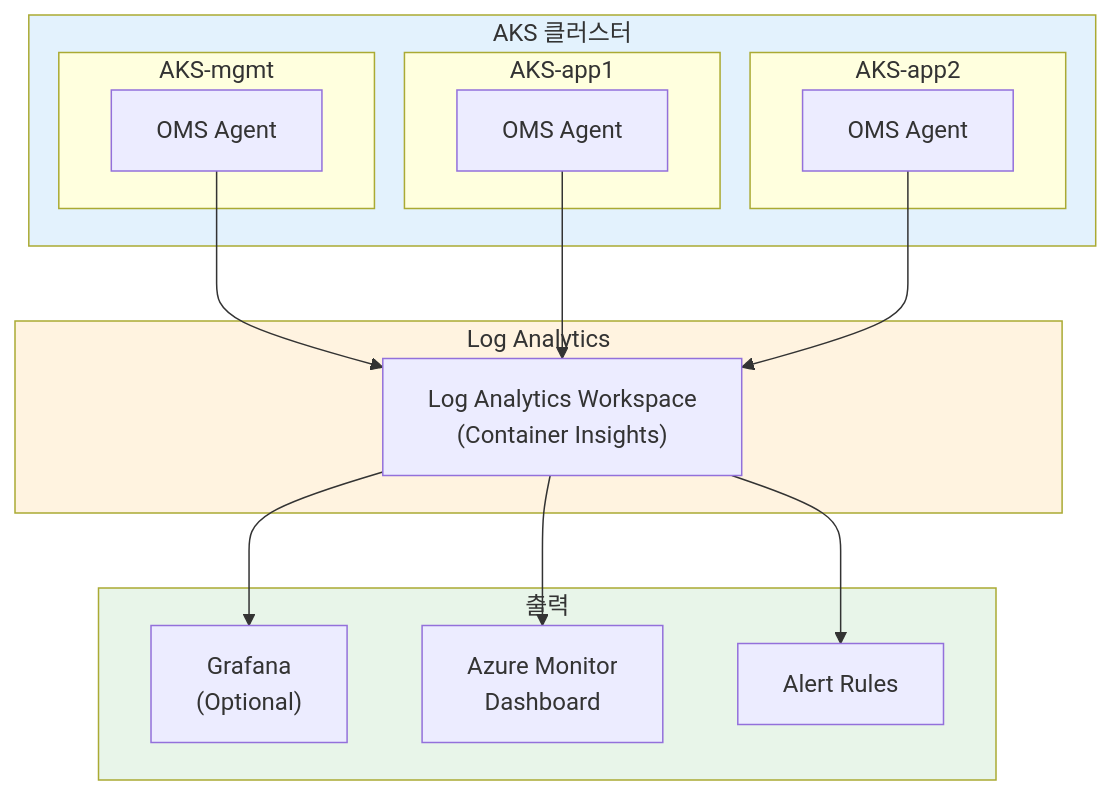
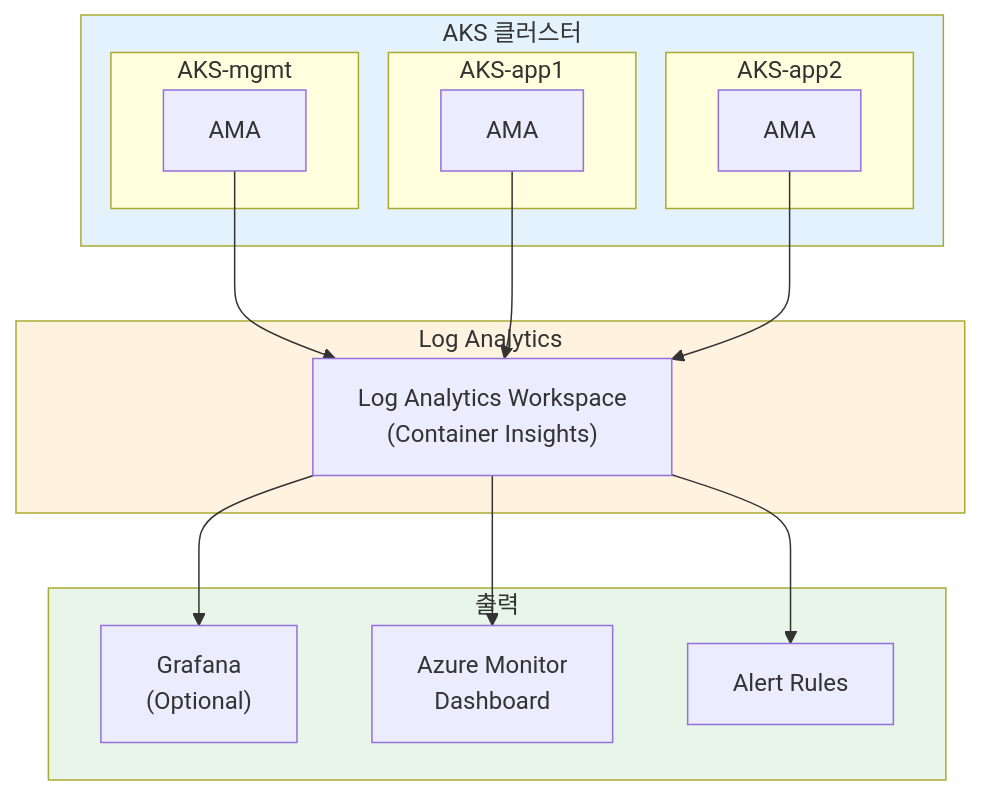
Before and after one commit to bocopile/mac-k8s-multipass-terraform: the fifth of 6 diagrams in document/azure/ARCHITECTURE.md, drawn with Mermaid. The commit also changed other lines of this file and 3 other files, not shown here.

````diff
--- a/document/azure/ARCHITECTURE.md
+++ b/document/azure/ARCHITECTURE.md
@@ -337,36 +339,36 @@
 ```mermaid
 flowchart TB
     subgraph Clusters["AKS 클러스터"]
         subgraph mgmt["AKS-mgmt"]
-            oms1["OMS Agent"]
+            ama1["AMA"]
         end
         subgraph app1["AKS-app1"]
-            oms2["OMS Agent"]
+            ama2["AMA"]
         end
         subgraph app2["AKS-app2"]
-            oms3["OMS Agent"]
+            ama3["AMA"]
         end
     end
 
     subgraph Analytics["Log Analytics"]
         LAW["Log Analytics Workspace<br/>(Container Insights)"]
     end
 
     subgraph Outputs["출력"]
         Grafana["Grafana<br/>(Optional)"]
         Monitor["Azure Monitor<br/>Dashboard"]
         Alert["Alert Rules"]
     end
 
-    oms1 --> LAW
-    oms2 --> LAW
-    oms3 --> LAW
+    ama1 --> LAW
+    ama2 --> LAW
+    ama3 --> LAW
 
     LAW --> Grafana
     LAW --> Monitor
     LAW --> Alert
 
     style Clusters fill:#e3f2fd
     style Analytics fill:#fff3e0
     style Outputs fill:#e8f5e9
 ```
````
